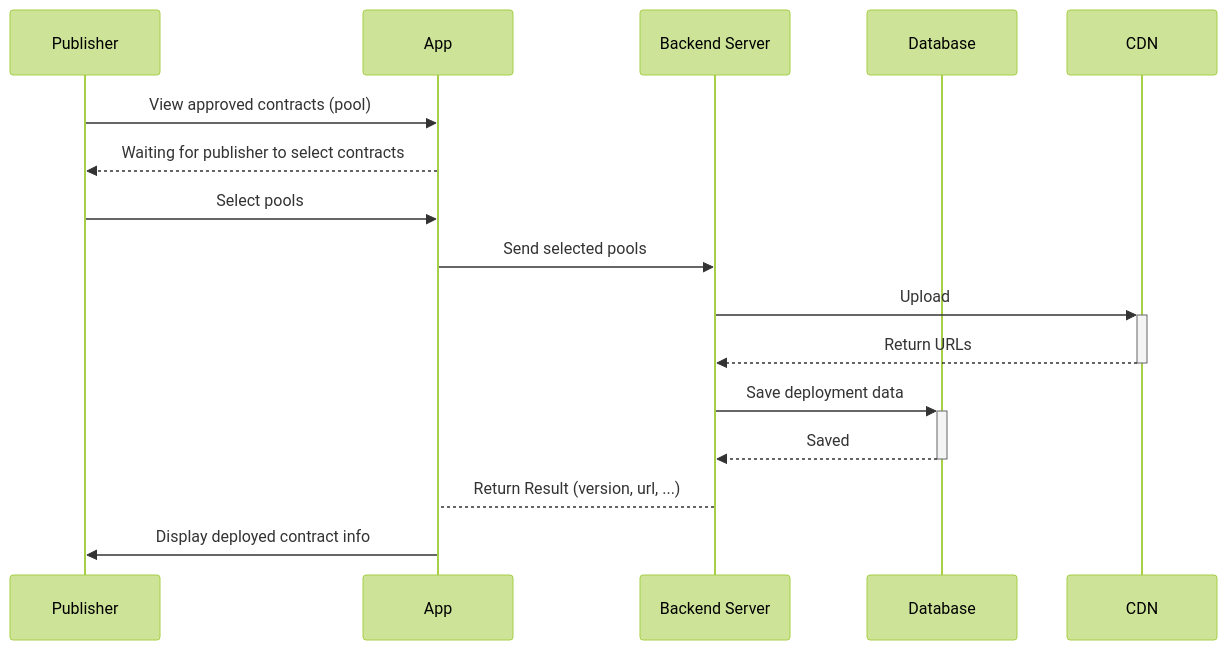
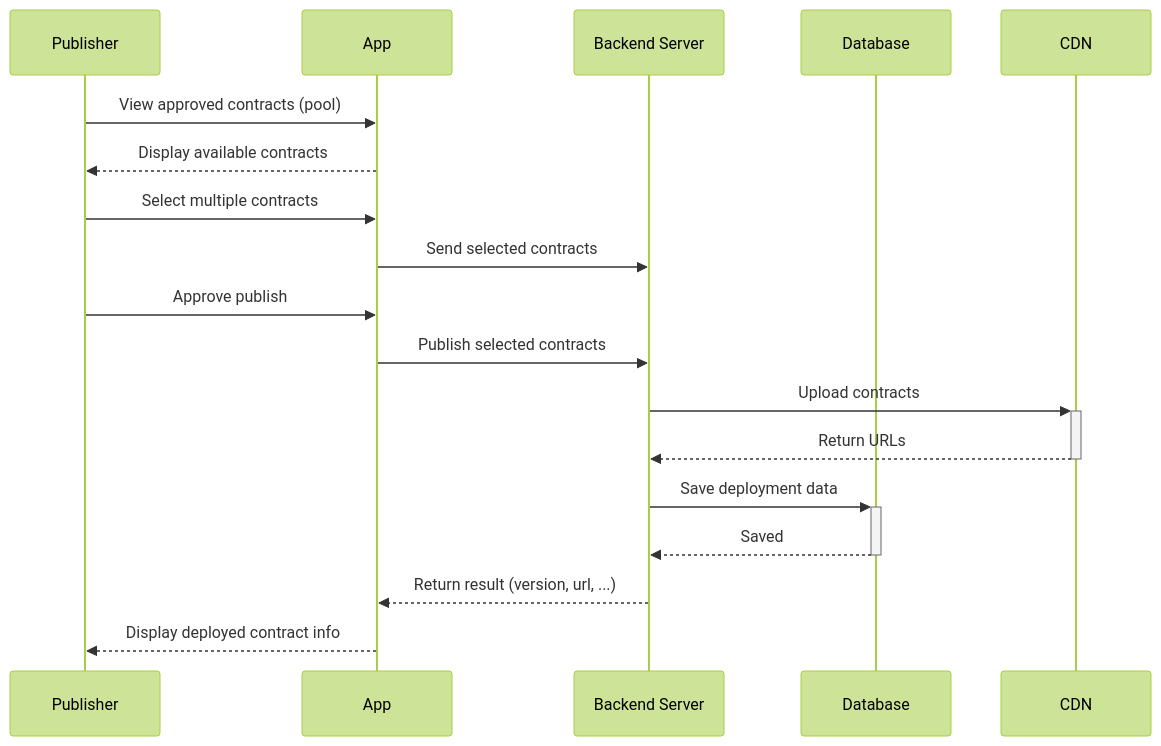
One commit to Jittapeak/jitta-contract-diagrams changed the diagram in docs/publish.md. Above: the diagram before and after it, drawn with Mermaid (forest theme).

````diff
--- a/docs/publish.md
+++ b/docs/publish.md
@@ -4,19 +4,26 @@
 ```mermaid
 sequenceDiagram
       participant Pub as Publisher
       participant App as App
       participant Server as Backend Server
       participant DB as Database
       participant CDN as CDN
       
-    Pub ->> App: View approved contracts (pool)
-    App -->> Pub: Waiting for publisher to select contracts
-    Pub ->> App: Select pools
-    App ->> Server: Send selected pools
-    Server ->>+ CDN: Upload
-    CDN -->>- Server: Return URLs
-    Server ->>+ DB: Save deployment data
-    DB -->>- Server: Saved
-    Server --> App: Return Result (version, url, ...)
-    App ->> Pub: Display deployed contract info
+      Pub ->> App: View approved contracts (pool)
+      App -->> Pub: Display available contracts
+
+      Pub ->> App: Select multiple contracts
+      App ->> Server: Send selected contracts
+
+      Pub ->> App: Approve publish
+      App ->> Server: Publish selected contracts
+
+      Server ->>+ CDN: Upload contracts
+      CDN -->>- Server: Return URLs
+
+      Server ->>+ DB: Save deployment data
+      DB -->>- Server: Saved
+
+      Server -->> App: Return result (version, url, ...)
+      App -->> Pub: Display deployed contract info
 ```
````
